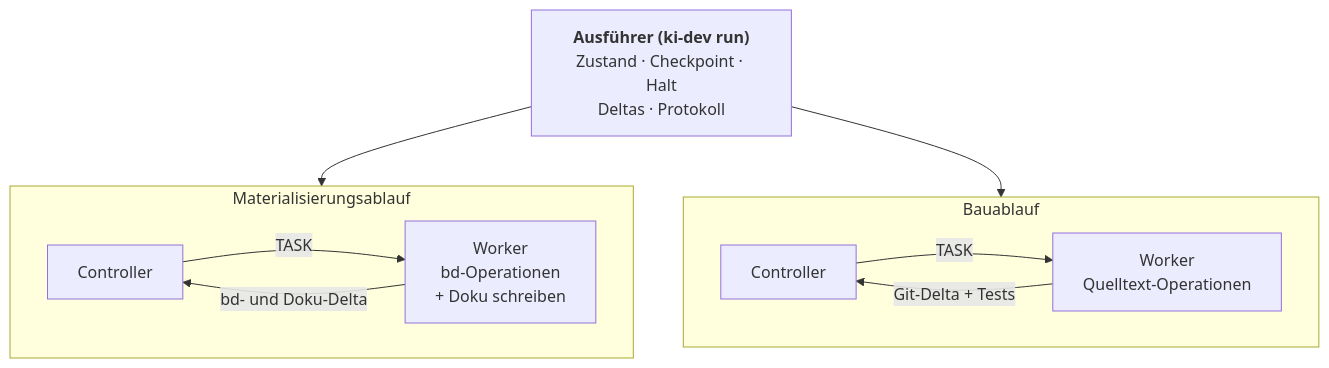
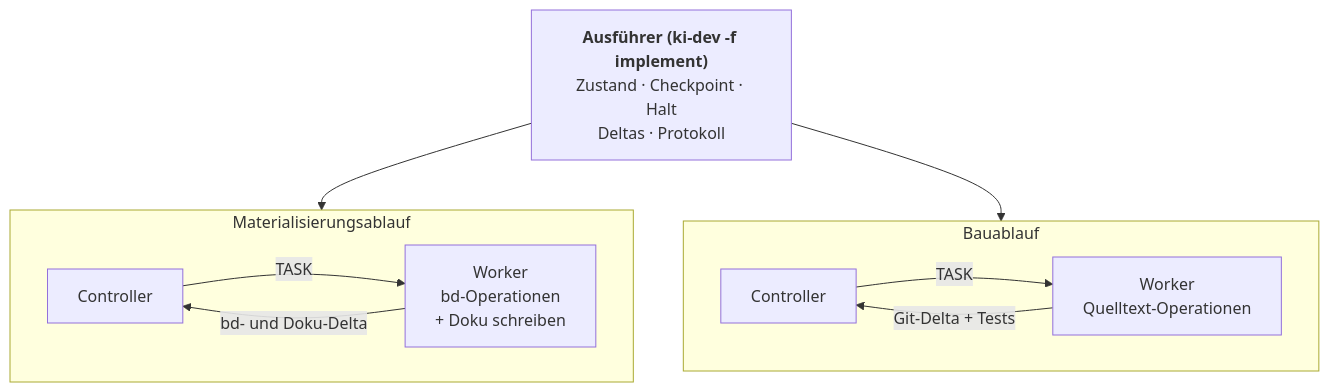
The second of 5 diagrams in docs/zielbild.de.md (blaumohn/ki-dev), drawn with Mermaid before and after one commit. The commit also changed other lines of this file and 58 other files, not shown here.

First line of the commit message:
ki-dev -f implement statt ki-dev run: Paketsuche, Profil, Auftrag aus Bead, Live-Sicht (ki-dev-ablauf-cak.1)

````diff
--- a/docs/zielbild.de.md
+++ b/docs/zielbild.de.md
@@ -203,19 +203,19 @@
 ```mermaid
 flowchart TB
-    L["<b>Ausführer (ki-dev run)</b><br/>Zustand · Checkpoint · Halt<br/>Deltas · Protokoll"]
+    L["<b>Ausführer (ki-dev -f implement)</b><br/>Zustand · Checkpoint · Halt<br/>Deltas · Protokoll"]
 
     subgraph M["Materialisierungsablauf"]
         direction LR
         MC["Controller"] -->|"TASK"| MW["Worker<br/>bd-Operationen<br/>+ Doku schreiben"]
         MW -->|"bd- und Doku-Delta"| MC
     end
 
     subgraph D["Bauablauf"]
         direction LR
         DC["Controller"] -->|"TASK"| DW["Worker<br/>Quelltext-Operationen"]
         DW -->|"Git-Delta + Tests"| DC
     end
 
     L --> M
     L --> D
 ```
````
